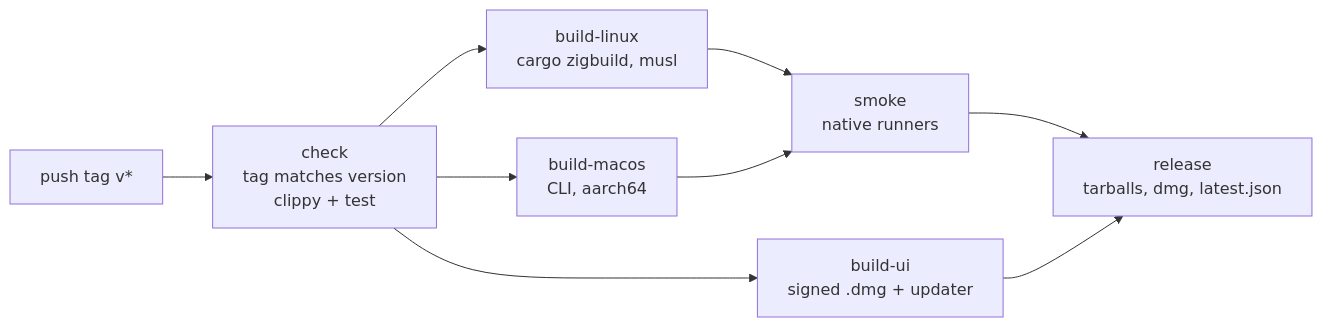
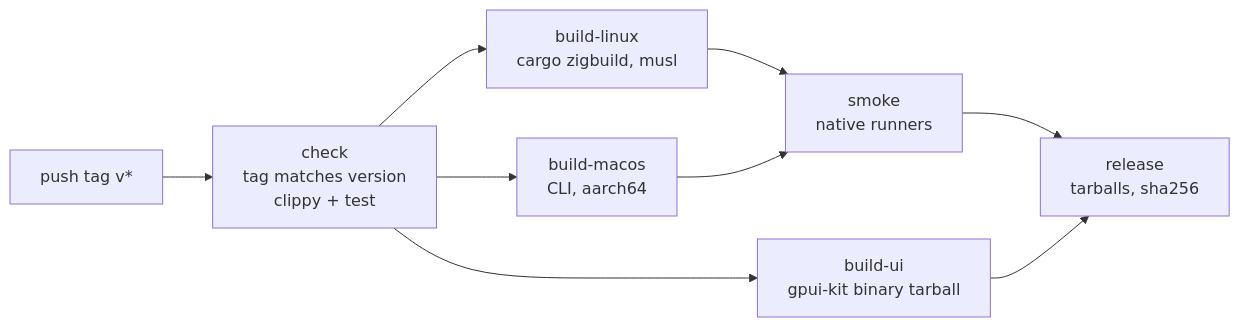
One commit to dennis0700/owlet changed the tenth of 10 diagrams in docs/architecture.md. Above: the diagram before and after it, drawn with Mermaid. The commit also changed other lines of this file and 43 other files, not shown here.

````diff
--- a/docs/architecture.md
+++ b/docs/architecture.md
@@ -392,11 +392,11 @@
 ```mermaid
 flowchart LR
     T["push tag v*"] --> C["check<br/>tag matches version<br/>clippy + test"]
     C --> BL["build-linux<br/>cargo zigbuild, musl"]
     C --> BM["build-macos<br/>CLI, aarch64"]
-    C --> BU["build-ui<br/>signed .dmg + updater"]
+    C --> BU["build-ui<br/>gpui-kit binary tarball"]
     BL --> S["smoke<br/>native runners"]
     BM --> S
-    S --> R["release<br/>tarballs, dmg, latest.json"]
+    S --> R["release<br/>tarballs, sha256"]
     BU --> R
 ```
````
